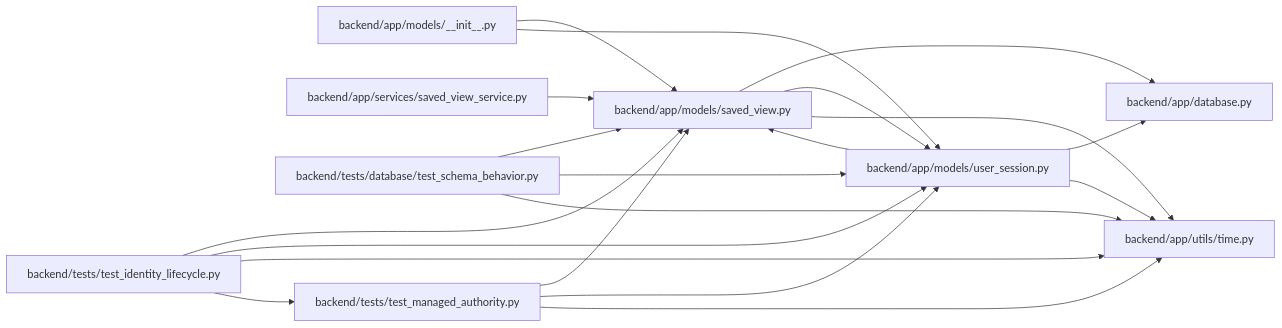
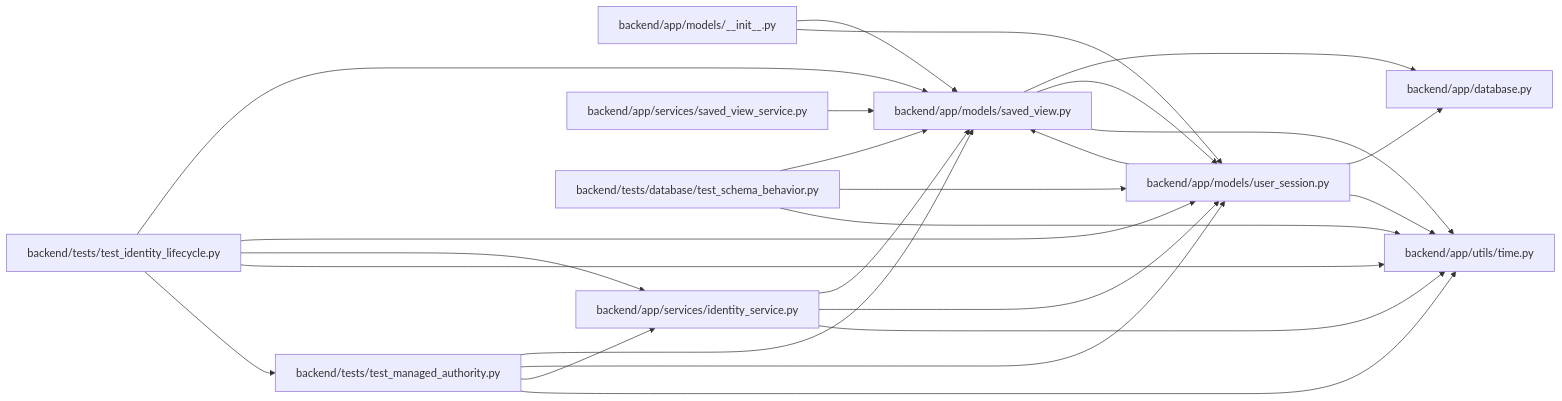
Before and after one commit to Denissvgn/WorkChord: the diagram in docs/llm_wiki/modules/models_saved_view.md, drawn with Mermaid. The commit also changed other lines of this file and 25171 other files, not shown here.

````diff
--- a/docs/llm_wiki/modules/models_saved_view.md
+++ b/docs/llm_wiki/modules/models_saved_view.md
@@ -25,40 +25,47 @@
 ```mermaid
 flowchart LR
     n0["backend/app/database.py"]
     n1["backend/app/models/__init__.py"]
     n2["backend/app/models/saved_view.py"]
     n3["backend/app/models/user_session.py"]
-    n4["backend/app/services/saved_view_service.py"]
-    n5["backend/app/utils/time.py"]
-    n6["backend/tests/database/test_schema_behavior.py"]
-    n7["backend/tests/test_identity_lifecycle.py"]
-    n8["backend/tests/test_managed_authority.py"]
+    n4["backend/app/services/identity_service.py"]
+    n5["backend/app/services/saved_view_service.py"]
+    n6["backend/app/utils/time.py"]
+    n7["backend/tests/database/test_schema_behavior.py"]
+    n8["backend/tests/test_identity_lifecycle.py"]
+    n9["backend/tests/test_managed_authority.py"]
     n1 --> n2
     n1 --> n3
     n2 --> n0
     n2 --> n3
-    n2 --> n5
+    n2 --> n6
     n3 --> n0
     n3 --> n2
-    n3 --> n5
+    n3 --> n6
     n4 --> n2
-    n6 --> n2
-    n6 --> n3
-    n6 --> n5
+    n4 --> n3
+    n4 --> n6
+    n5 --> n2
     n7 --> n2
     n7 --> n3
-    n7 --> n5
-    n7 --> n8
+    n7 --> n6
     n8 --> n2
     n8 --> n3
-    n8 --> n5
+    n8 --> n4
+    n8 --> n6
+    n8 --> n9
+    n9 --> n2
+    n9 --> n3
+    n9 --> n4
+    n9 --> n6
     click n0 "../modules/app_database.md"
     click n1 "../modules/models___init__.md"
     click n2 "../modules/models_saved_view.md"
     click n3 "../modules/user_session.md"
-    click n4 "../modules/saved_view_service.md"
-    click n5 "../modules/time.md"
-    click n6 "../modules/test_schema_behavior.md"
-    click n7 "../modules/test_identity_lifecycle.md"
-    click n8 "../modules/test_managed_authority.md"
+    click n4 "../modules/identity_service.md"
+    click n5 "../modules/saved_view_service.md"
+    click n6 "../modules/time.md"
+    click n7 "../modules/test_schema_behavior.md"
+    click n8 "../modules/test_identity_lifecycle.md"
+    click n9 "../modules/test_managed_authority.md"
 ```
````
